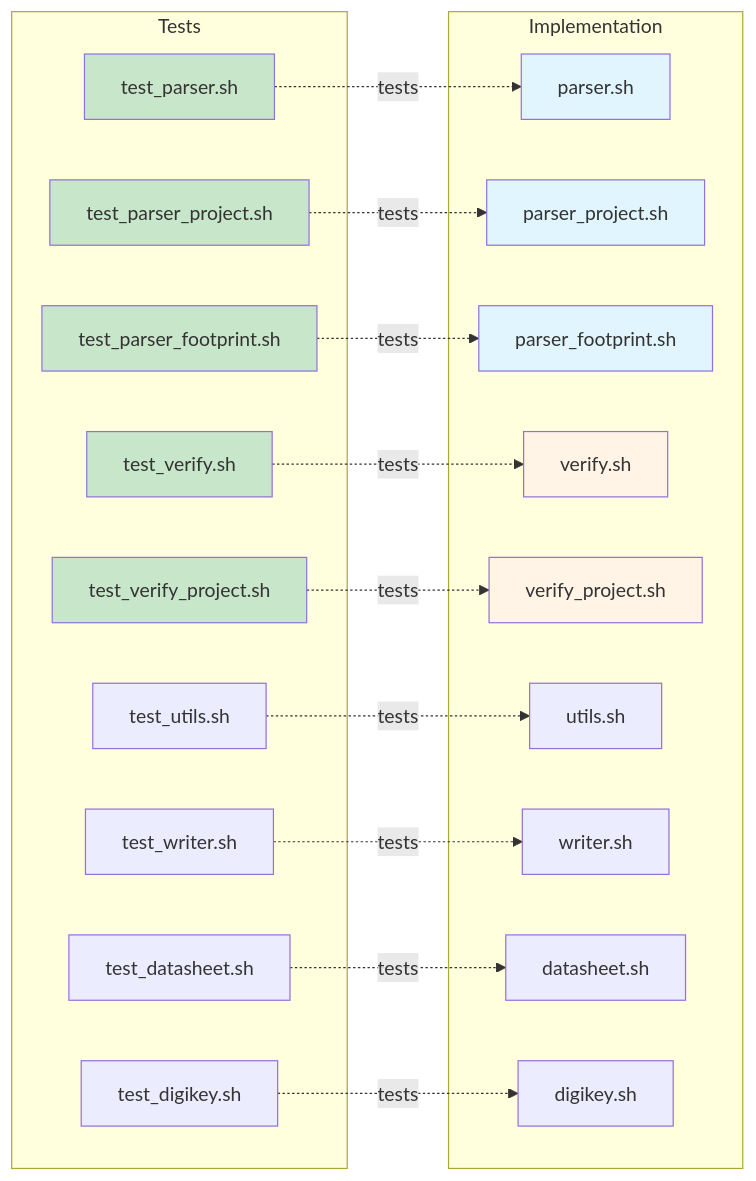
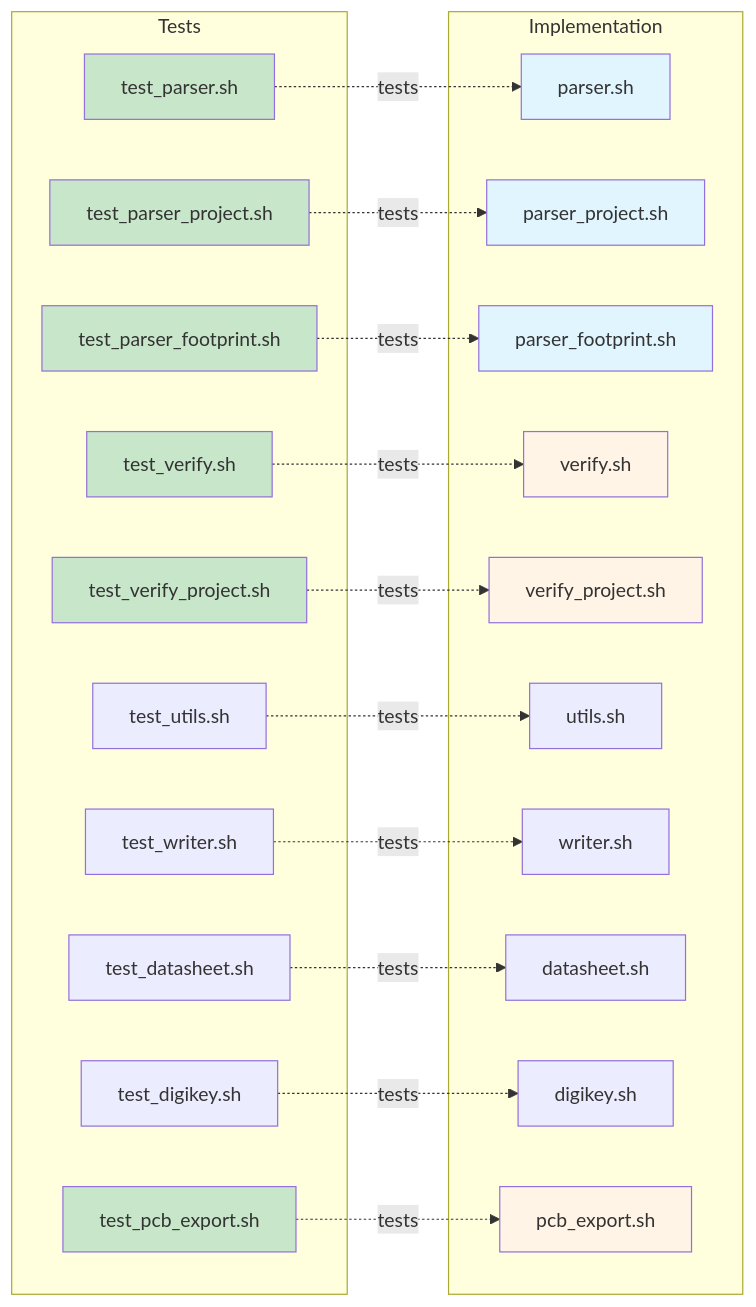
Before and after one commit to qq3g7bad/kicad-shutil: the ninth of 9 diagrams in docs/design.md, drawn with Mermaid. The commit also changed other lines of this file and 7 other files, not shown here.

````diff
--- a/docs/design.md
+++ b/docs/design.md
@@ -631,47 +702,52 @@
 ```mermaid
 graph LR
     subgraph "Implementation"
         P1[parser.sh]
         P2[parser_project.sh]
         P3[parser_footprint.sh]
         V1[verify.sh]
         V2[verify_project.sh]
         U[utils.sh]
         W[writer.sh]
         D[datasheet.sh]
         DK[digikey.sh]
+        PCB[pcb_export.sh]
     end
 
     subgraph "Tests"
         TP1[test_parser.sh]
         TP2[test_parser_project.sh]
         TP3[test_parser_footprint.sh]
         TV1[test_verify.sh]
         TV2[test_verify_project.sh]
         TU[test_utils.sh]
         TW[test_writer.sh]
         TD[test_datasheet.sh]
         TDK[test_digikey.sh]
+        TPCB[test_pcb_export.sh]
     end
 
     TP1 -.tests.-> P1
     TP2 -.tests.-> P2
     TP3 -.tests.-> P3
     TV1 -.tests.-> V1
     TV2 -.tests.-> V2
     TU -.tests.-> U
     TW -.tests.-> W
     TD -.tests.-> D
     TDK -.tests.-> DK
+    TPCB -.tests.-> PCB
 
     style P1 fill:#e1f5ff
     style P2 fill:#e1f5ff
     style P3 fill:#e1f5ff
     style V1 fill:#fff4e6
     style V2 fill:#fff4e6
     style TP1 fill:#c8e6c9
     style TP2 fill:#c8e6c9
     style TP3 fill:#c8e6c9
     style TV1 fill:#c8e6c9
     style TV2 fill:#c8e6c9
+    style PCB fill:#fff4e6
+    style TPCB fill:#c8e6c9
 ```
````
